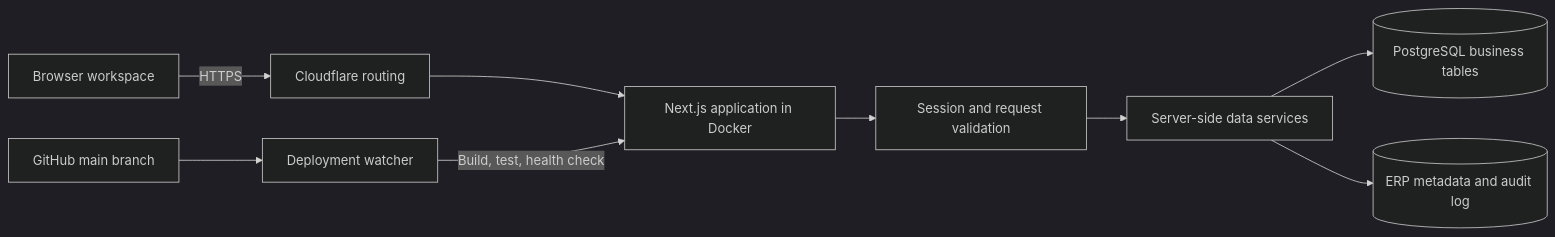
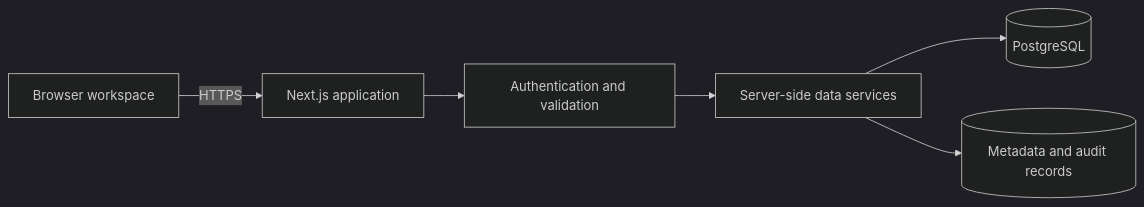
Before and after one commit to Natthabhat/NSLabsERP: the diagram in README.md, drawn with Mermaid (dark theme). The commit also changed other lines of this file, not shown here.

Commit message:
Sanitize public README business and production details

````diff
--- a/README.md
+++ b/README.md
@@ -72,11 +37,8 @@
 ```mermaid
 flowchart LR
-    User[Browser workspace] -->|HTTPS| Edge[Cloudflare routing]
-    Edge --> App[Next.js application in Docker]
-    App --> Auth[Session and request validation]
-    Auth --> Services[Server-side data services]
-    Services --> DB[(PostgreSQL business tables)]
-    Services --> Audit[(ERP metadata and audit log)]
-    Git[GitHub main branch] --> Watcher[Deployment watcher]
-    Watcher -->|Build, test, health check| App
+    Browser[Browser workspace] -->|HTTPS| App[Next.js application]
+    App --> Checks[Authentication and validation]
+    Checks --> Services[Server-side data services]
+    Services --> Data[(PostgreSQL)]
+    Services --> Audit[(Metadata and audit records)]
 ```
````
